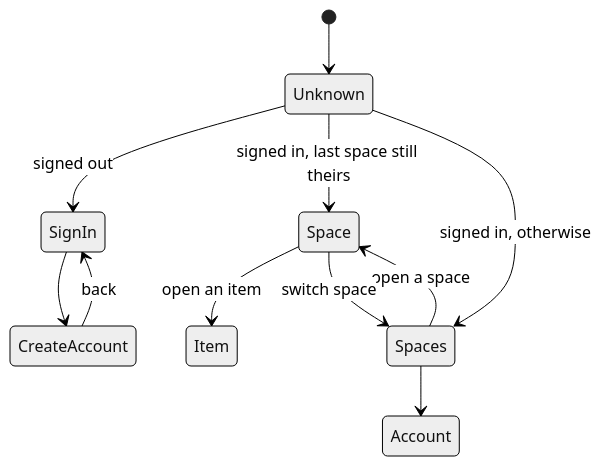
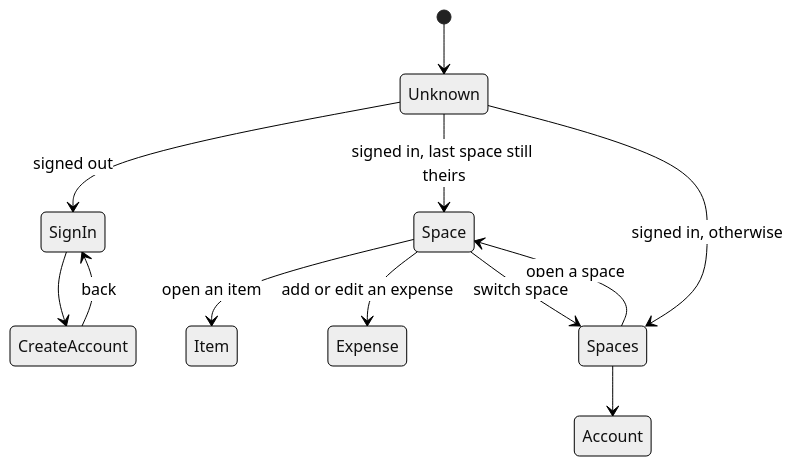
One commit to Erkko68/orbit changed the third of 4 diagrams in docs/architecture/overview.md. Above: the diagram before and after it, drawn with Mermaid (neutral theme). The commit also changed other lines of this file and 33 other files, not shown here.

````diff
--- a/docs/architecture/overview.md
+++ b/docs/architecture/overview.md
@@ -98,13 +115,14 @@
 ```mermaid
 stateDiagram-v2
     [*] --> Unknown
     Unknown --> SignIn: signed out
     Unknown --> Space: signed in, last space still theirs
     Unknown --> Spaces: signed in, otherwise
     SignIn --> CreateAccount
     CreateAccount --> SignIn: back
     Spaces --> Space: open a space
     Spaces --> Account
     Space --> Item: open an item
+    Space --> Expense: add or edit an expense
     Space --> Spaces: switch space
 ```
````
